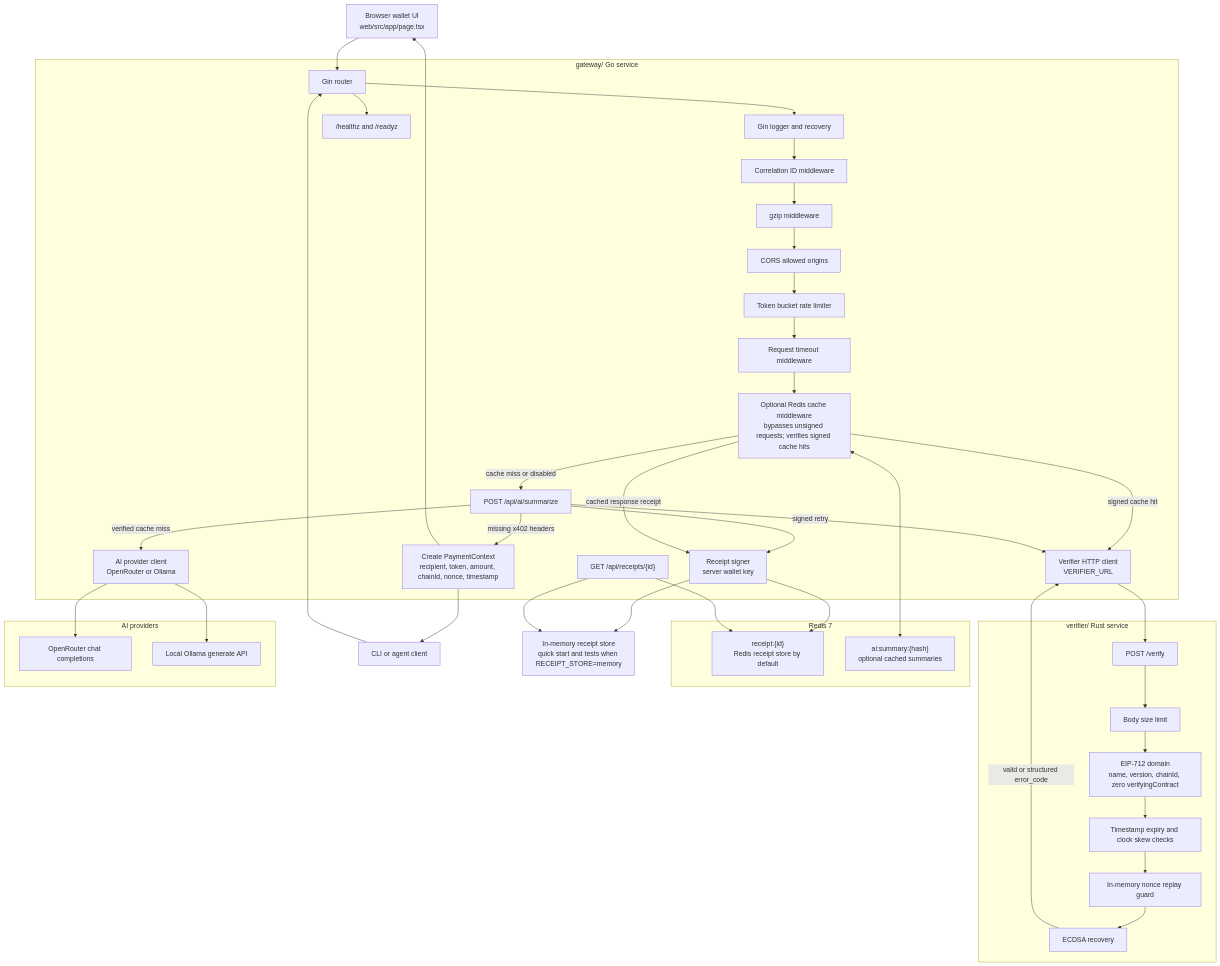
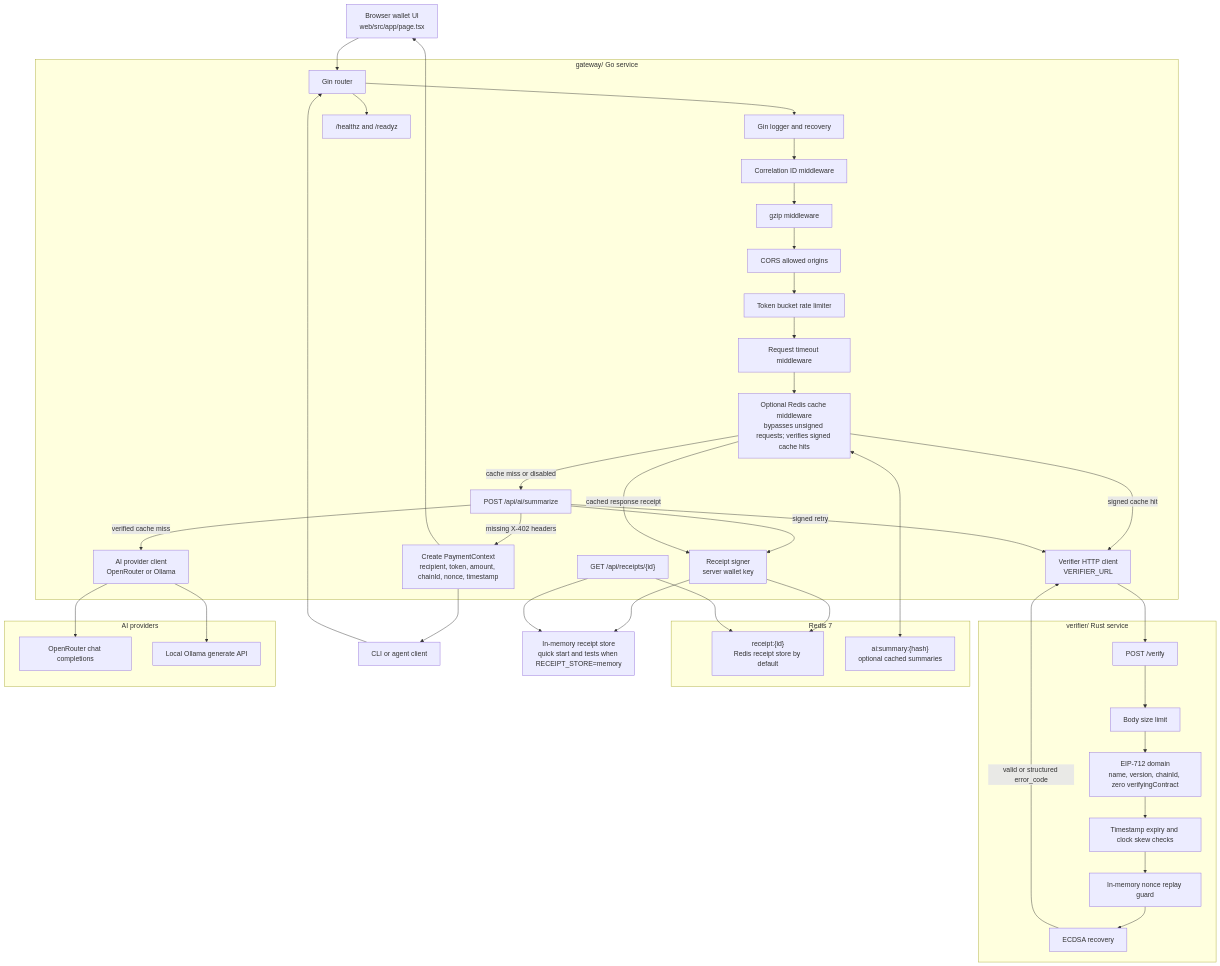
One commit to karuna-1/MicroAI-Paygate changed the second of 4 diagrams in README.md. Above: the diagram before and after it, drawn with Mermaid. The commit also changed other lines of this file and 54 other files, not shown here.

````diff
--- a/README.md
+++ b/README.md
@@ -89,66 +93,66 @@
 ```mermaid
 flowchart TB
     Browser["Browser wallet UI\nweb/src/app/page.tsx"]
     CLI["CLI or agent client"]
 
     subgraph Gateway["gateway/ Go service"]
       Gin["Gin router"]
       LoggerRecovery["Gin logger and recovery"]
       Correlation["Correlation ID middleware"]
       Compression["gzip middleware"]
       CORS["CORS allowed origins"]
       RateLimit["Token bucket rate limiter"]
       Timeout["Request timeout middleware"]
       Cache["Optional Redis cache middleware\nbypasses unsigned requests; verifies signed cache hits"]
       Summarize["POST /api/ai/summarize"]
       PaymentContext["Create PaymentContext\nrecipient, token, amount, chainId, nonce, timestamp"]
       VerifyClient["Verifier HTTP client\nVERIFIER_URL"]
       AIClient["AI provider client\nOpenRouter or Ollama"]
       ReceiptSigner["Receipt signer\nserver wallet key"]
       ReceiptLookup["GET /api/receipts/{id}"]
       Health["/healthz and /readyz"]
     end
 
     subgraph VerifierService["verifier/ Rust service"]
       BodyLimit["Body size limit"]
       Domain["EIP-712 domain\nname, version, chainId, zero verifyingContract"]
       Timestamp["Timestamp expiry and clock skew checks"]
       Nonce["In-memory nonce replay guard"]
       Recovery["ECDSA recovery"]
       VerifyRoute["POST /verify"]
     end
 
     subgraph Storage["Redis 7"]
       Receipts["receipt:{id}\nRedis receipt store by default"]
       ResponseCache["ai:summary:{hash}\noptional cached summaries"]
     end
 
     MemoryStore["In-memory receipt store\nquick start and tests when RECEIPT_STORE=memory"]
 
     subgraph Providers["AI providers"]
       OpenRouter["OpenRouter chat completions"]
       Ollama["Local Ollama generate API"]
     end
 
     Browser --> Gin
     CLI --> Gin
     Gin --> LoggerRecovery --> Correlation --> Compression --> CORS --> RateLimit --> Timeout --> Cache
     Cache -->|cache miss or disabled| Summarize
     Cache -->|signed cache hit| VerifyClient
-    Summarize -->|missing x402 headers| PaymentContext
+    Summarize -->|missing X-402 headers| PaymentContext
     PaymentContext --> Browser
     PaymentContext --> CLI
     Summarize -->|signed retry| VerifyClient --> VerifyRoute
     VerifyRoute --> BodyLimit --> Domain --> Timestamp --> Nonce --> Recovery
     Recovery -->|valid or structured error_code| VerifyClient
     Summarize -->|verified cache miss| AIClient
     AIClient --> OpenRouter
     AIClient --> Ollama
     Summarize --> ReceiptSigner --> Receipts
     ReceiptSigner --> MemoryStore
     Cache -->|cached response receipt| ReceiptSigner
     Cache <--> ResponseCache
     ReceiptLookup --> Receipts
     ReceiptLookup --> MemoryStore
     Gin --> Health
 ```
````
